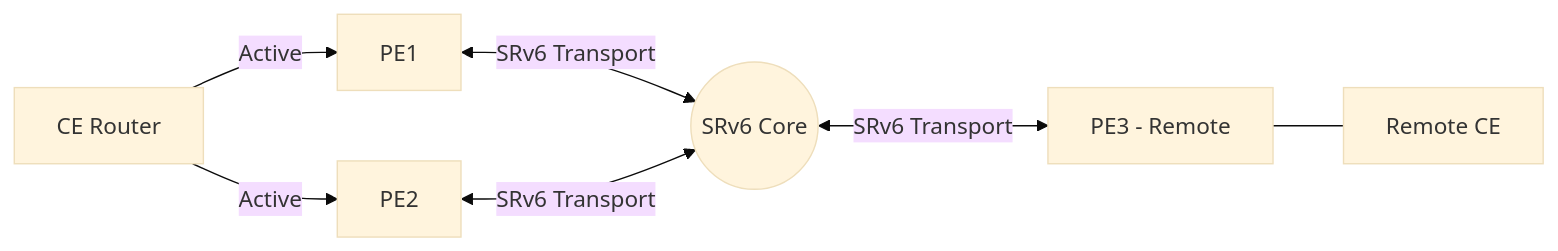
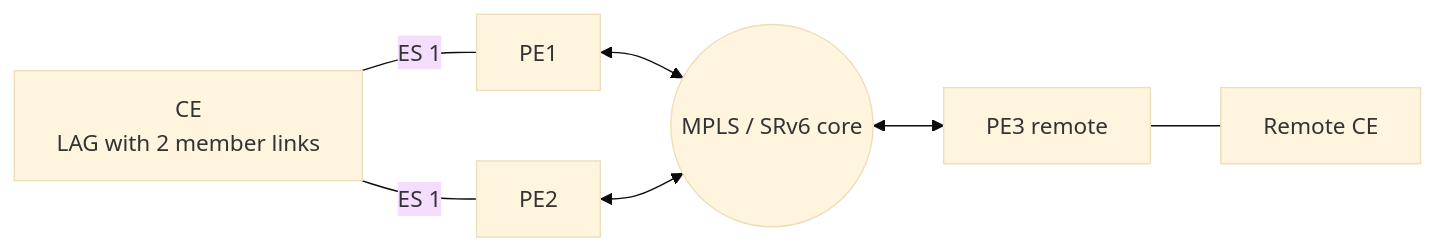
Before and after one commit to eldaninavas/srv6.md: the first of 2 diagrams in docs/topics/evpn-multihoming.md, drawn with Mermaid (base theme). The commit also changed other lines of this file, not shown here.

````diff
--- a/docs/topics/evpn-multihoming.md
+++ b/docs/topics/evpn-multihoming.md
@@ -24,9 +19,9 @@
 ```mermaid
 graph LR
-    CE[CE Router] -->|Active| PE1[PE1]
-    CE -->|Active| PE2[PE2]
-    PE1 <-->|SRv6 Transport| CORE((SRv6 Core))
-    PE2 <-->|SRv6 Transport| CORE
-    CORE <-->|SRv6 Transport| PE3[PE3 - Remote]
+    CE[CE<br/>LAG with 2 member links] ---|ES 1| PE1[PE1]
+    CE ---|ES 1| PE2[PE2]
+    PE1 <--> CORE((MPLS / SRv6 core))
+    PE2 <--> CORE
+    CORE <--> PE3[PE3 remote]
     PE3 --- RCE[Remote CE]
 ```
````
